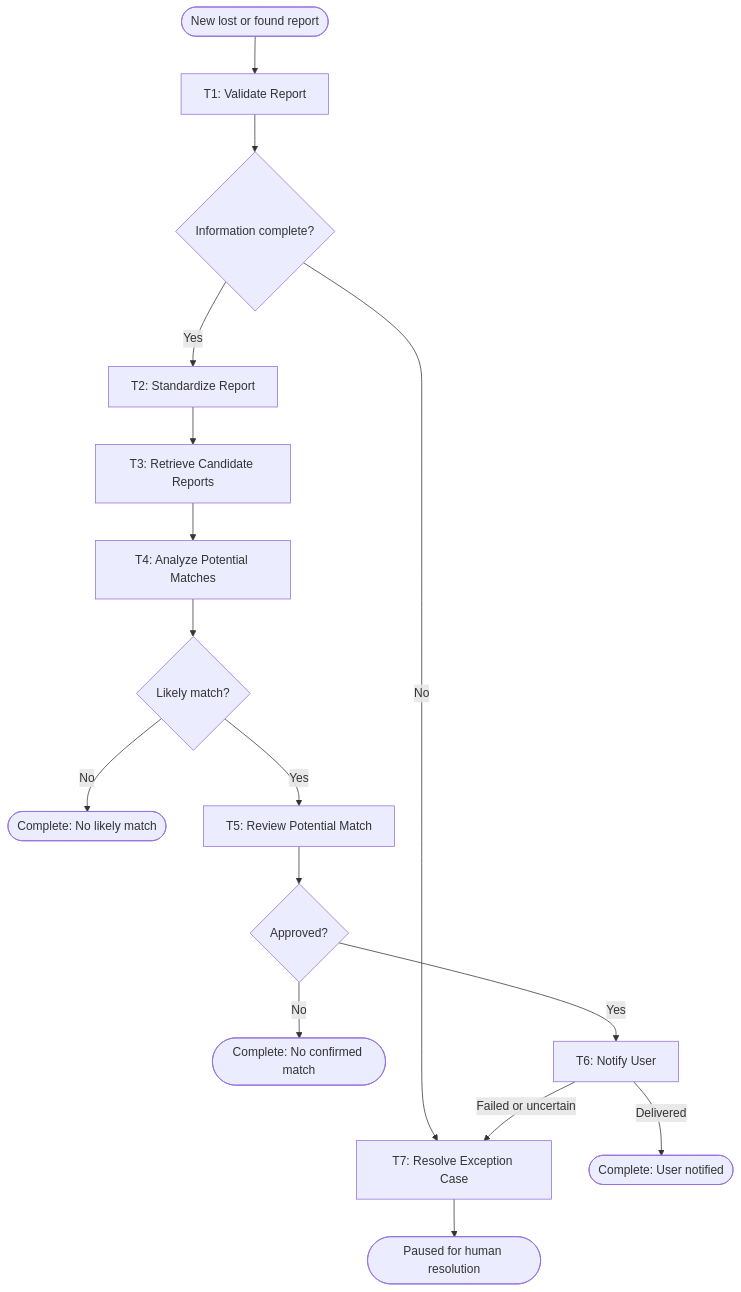
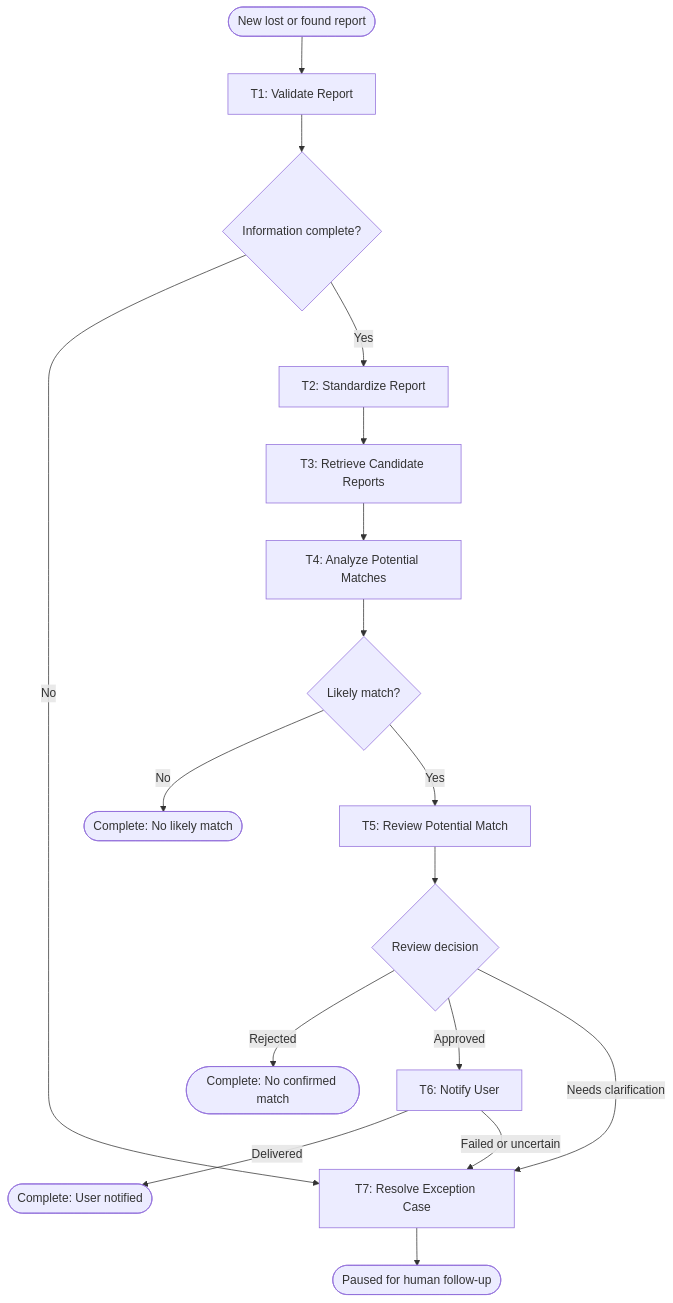
One commit to bella940118-lgtm/-BUS4498_Team_Build changed the diagram in our_team_agent/agent/workflow-of-tasks.md. Above: the diagram before and after it, drawn with Mermaid.

````diff
--- a/our_team_agent/agent/workflow-of-tasks.md
+++ b/our_team_agent/agent/workflow-of-tasks.md
@@ -24,22 +24,24 @@
 ```mermaid
 flowchart TD
     START([New lost or found report]) --> T1["T1: Validate Report"]
     T1 --> D1{"Information complete?"}
     D1 -->|No| T7["T7: Resolve Exception Case"]
     D1 -->|Yes| T2["T2: Standardize Report"]
 
     T2 --> T3["T3: Retrieve Candidate Reports"]
     T3 --> T4["T4: Analyze Potential Matches"]
     T4 --> D2{"Likely match?"}
 
     D2 -->|No| END1([Complete: No likely match])
     D2 -->|Yes| T5["T5: Review Potential Match"]
-    T5 --> D3{"Approved?"}
+    T5 --> D3{"Review decision"}
 
-    D3 -->|No| END2([Complete: No confirmed match])
-    D3 -->|Yes| T6["T6: Notify User"]
+    D3 -->|Rejected| END2([Complete: No confirmed match])
+    D3 -->|Approved| T6["T6: Notify User"]
+    D3 -->|Needs clarification| T7
+
     T6 -->|Delivered| END3([Complete: User notified])
     T6 -->|Failed or uncertain| T7
 
-    T7 --> HOLD([Paused for human resolution])
+    T7 --> HOLD([Paused for human follow-up])
 ```
````
